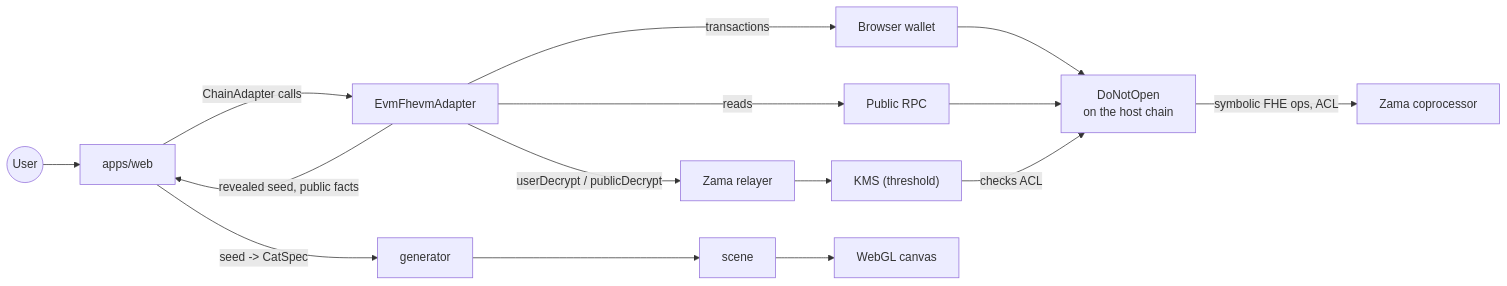
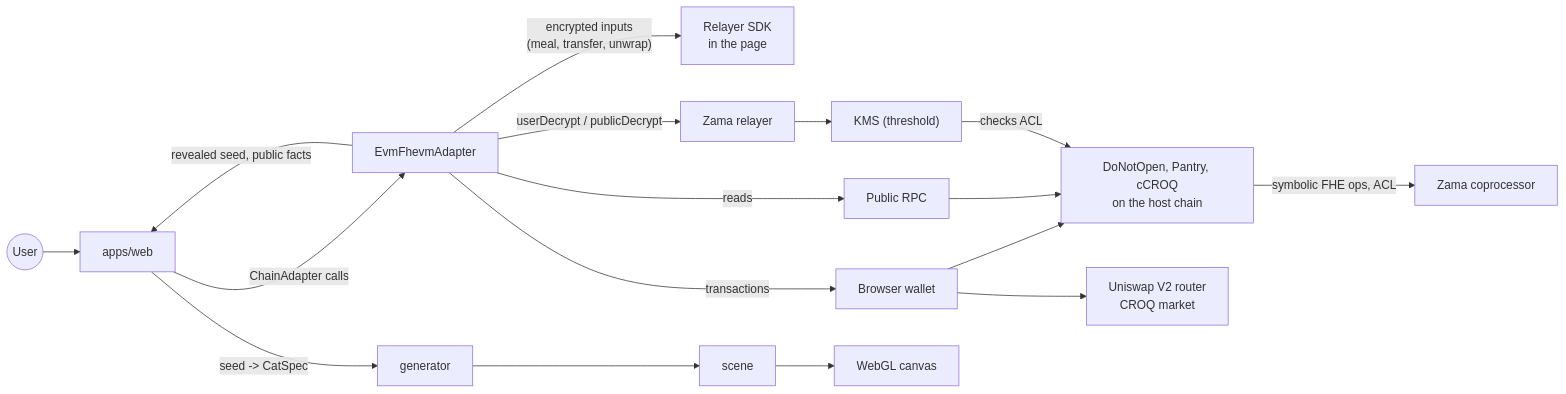
One commit to jecombe/do_not_open changed the fourth of 6 diagrams in docs/ARCHITECTURE.md. Above: the diagram before and after it, drawn with Mermaid. The commit also changed other lines of this file and 68 other files, not shown here.

````diff
--- a/docs/ARCHITECTURE.md
+++ b/docs/ARCHITECTURE.md
@@ -62,12 +82,14 @@
 ```mermaid
 flowchart LR
   user((User)) --> web["apps/web"]
   web -- "ChainAdapter calls" --> adapter["EvmFhevmAdapter"]
-  adapter -- "transactions" --> wallet["Browser wallet"] --> chain["DoNotOpen<br/>on the host chain"]
+  adapter -- "transactions" --> wallet["Browser wallet"] --> chain["DoNotOpen, Pantry, cCROQ<br/>on the host chain"]
+  wallet --> uni["Uniswap V2 router<br/>CROQ market"]
+  adapter -- "encrypted inputs<br/>(meal, transfer, unwrap)" --> sdk["Relayer SDK<br/>in the page"]
   adapter -- "reads" --> rpc["Public RPC"] --> chain
   chain -- "symbolic FHE ops, ACL" --> copro["Zama coprocessor"]
   adapter -- "userDecrypt / publicDecrypt" --> relayer["Zama relayer"] --> kms["KMS (threshold)"]
   kms -- "checks ACL" --> chain
   adapter -- "revealed seed, public facts" --> web
   web -- "seed -> CatSpec" --> gen["generator"] --> scene["scene"] --> canvas["WebGL canvas"]
 ```
````
